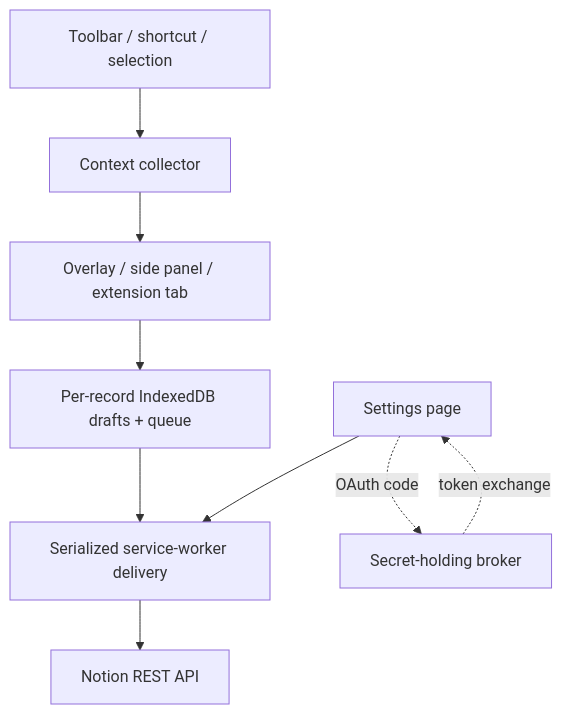
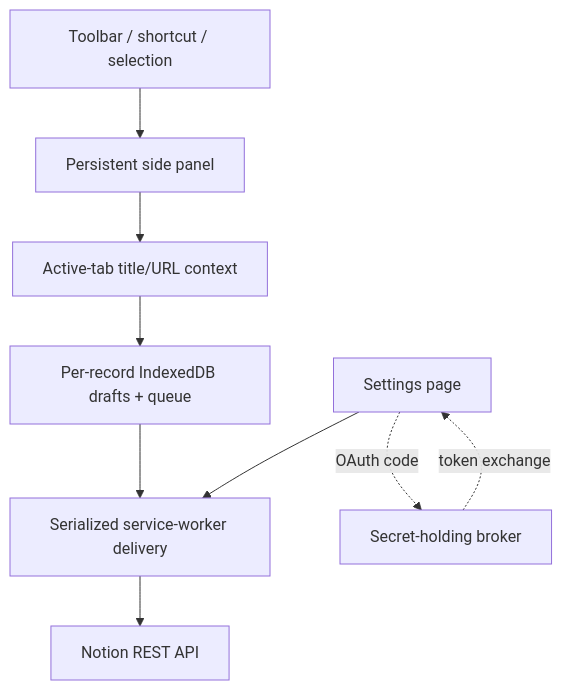
The diagram in README.md (fantomsuj/notion-quick-note), drawn with Mermaid before and after one commit. The commit also changed other lines of this file and 48 other files, not shown here.

Commit message:
feat: harden extension and add persistent composer

````diff
--- a/README.md
+++ b/README.md
@@ -80,11 +80,11 @@
 ```mermaid
 flowchart TD
-  A["Toolbar / shortcut / selection"] --> B["Context collector"]
-  B --> C["Overlay / side panel / extension tab"]
+  A["Toolbar / shortcut / selection"] --> B["Persistent side panel"]
+  B --> C["Active-tab title/URL context"]
   C --> D["Per-record IndexedDB drafts + queue"]
   D --> E["Serialized service-worker delivery"]
   E --> F["Notion REST API"]
   G["Settings page"] --> E
   G -. "OAuth code" .-> H["Secret-holding broker"]
   H -. "token exchange" .-> G
 ```
````
